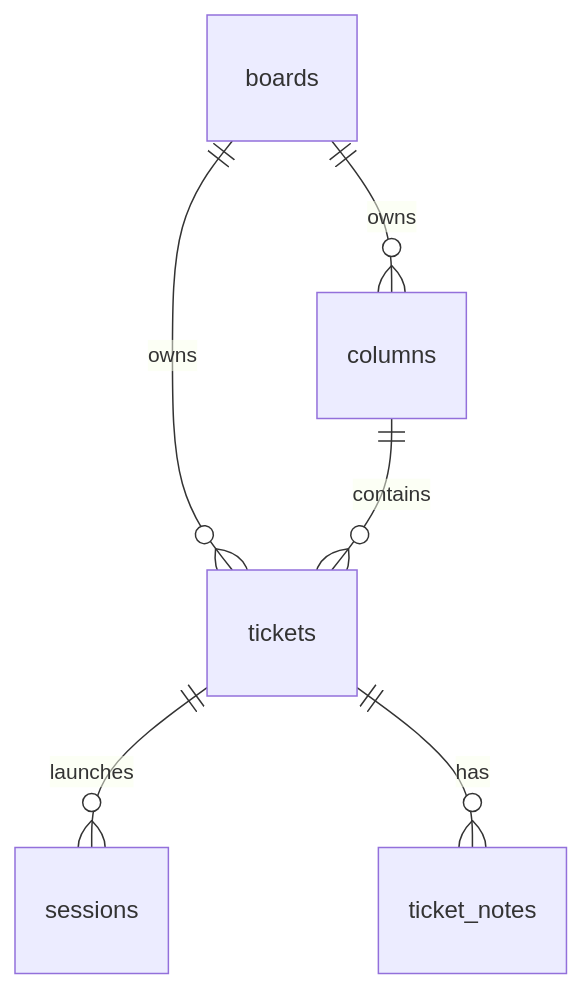
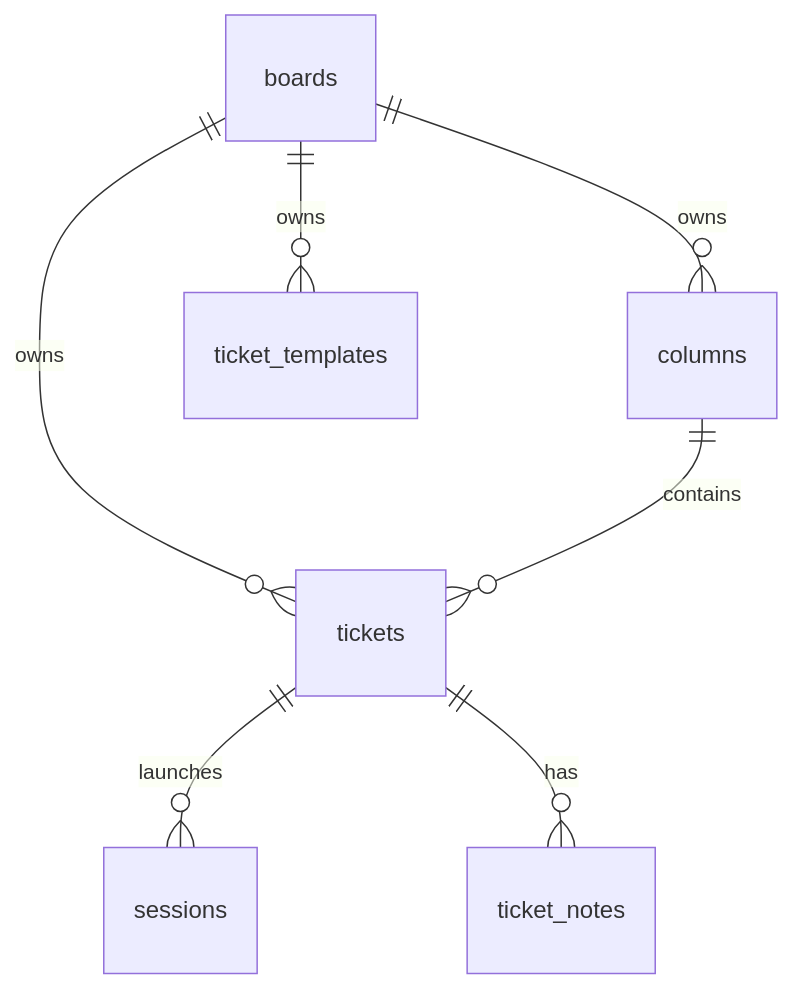
Before and after one commit to carlotran4/kanbi: the second of 5 diagrams in docs/architecture.md, drawn with Mermaid. The commit also changed other lines of this file and 31 other files, not shown here.

Commit message:
feat: add board-scoped ticket templates

````diff
--- a/docs/architecture.md
+++ b/docs/architecture.md
@@ -121,8 +121,9 @@
 ```mermaid
 erDiagram
   boards ||--o{ columns : owns
+  boards ||--o{ ticket_templates : owns
   boards ||--o{ tickets : owns
   columns ||--o{ tickets : contains
   tickets ||--o{ sessions : launches
   tickets ||--o{ ticket_notes : has
 ```
````
